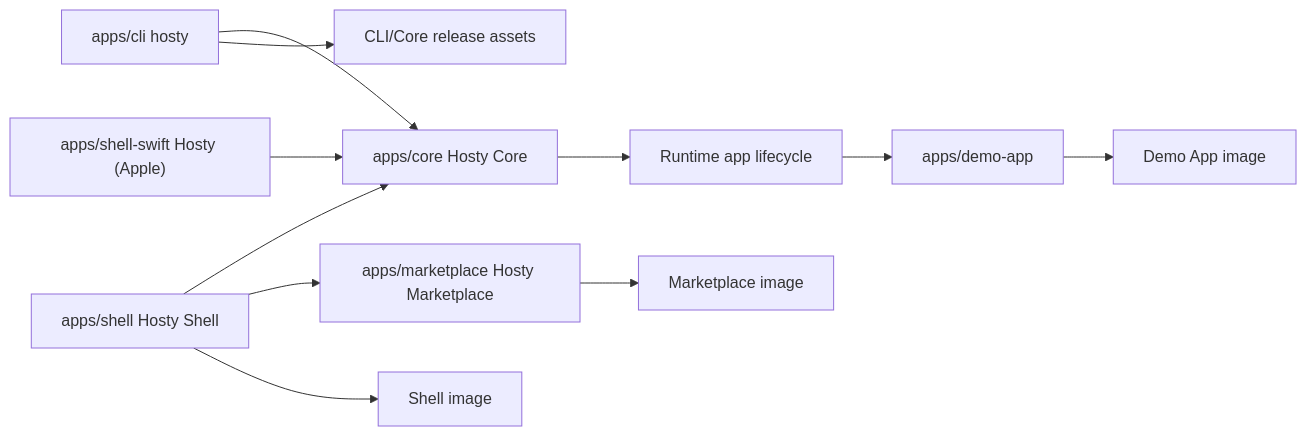
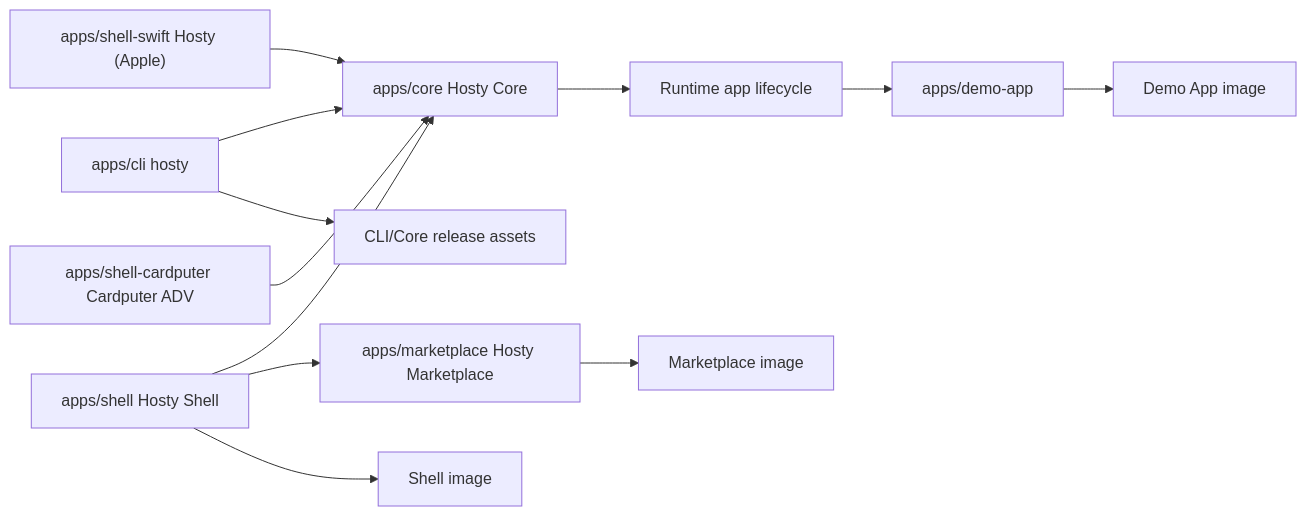
Before and after one commit to alex-de-haas/docker-host: the diagram in docs/features/repository-release-model/feature.md, drawn with Mermaid. The commit also changed other lines of this file and 66 other files, not shown here.

First line of the commit message:
feat(cardputer): add the Cardputer ADV operator-console firmware

````diff
--- a/docs/features/repository-release-model/feature.md
+++ b/docs/features/repository-release-model/feature.md
@@ -25,13 +26,14 @@
 ```mermaid
 flowchart LR
   CLI["apps/cli hosty"] --> Core["apps/core Hosty Core"]
   Shell["apps/shell Hosty Shell"] --> Core
   Shell --> Marketplace["apps/marketplace Hosty Marketplace"]
   Core --> Runtime["Runtime app lifecycle"]
   Runtime --> Demo["apps/demo-app"]
   CLI --> Artifacts["CLI/Core release assets"]
   Shell --> ShellImage["Shell image"]
   Marketplace --> MarketplaceImage["Marketplace image"]
   Demo --> DemoImage["Demo App image"]
   SwiftShell["apps/shell-swift Hosty (Apple)"] --> Core
+  CardputerShell["apps/shell-cardputer Cardputer ADV"] --> Core
 ```
````
